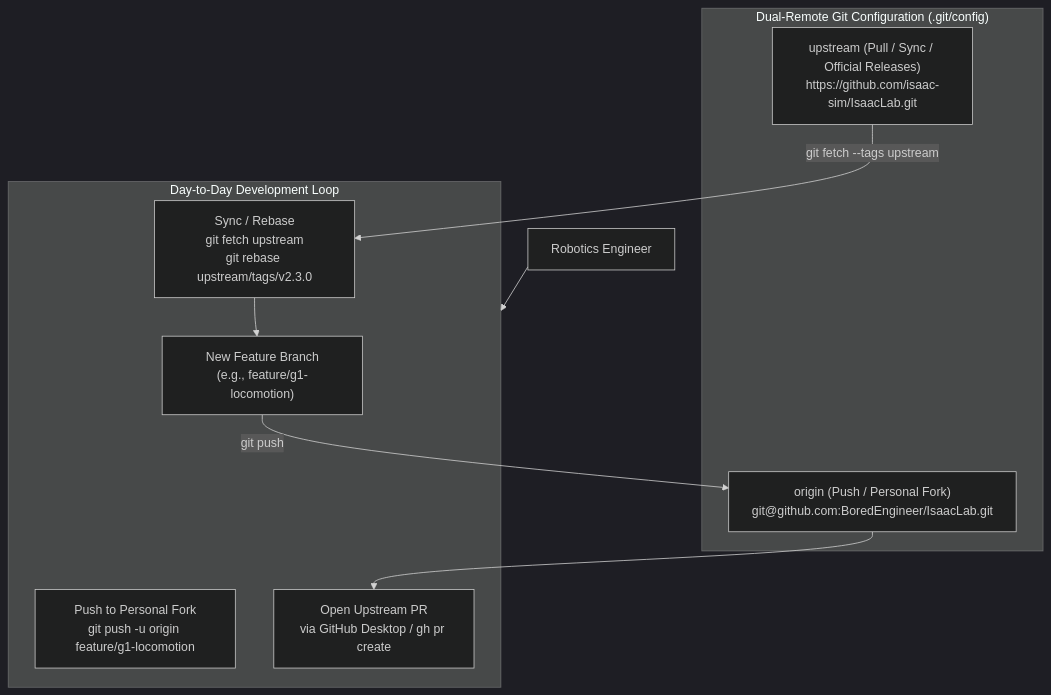
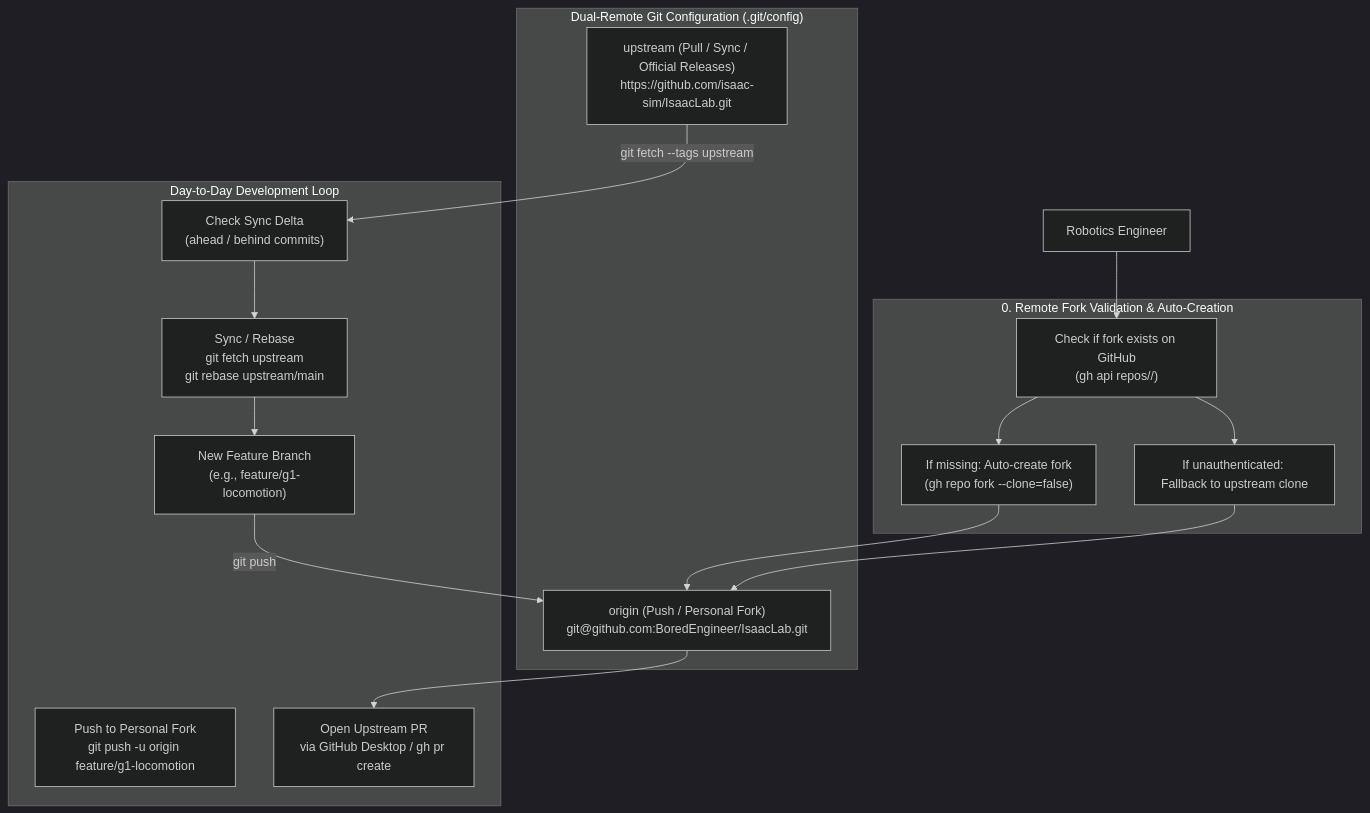
One commit to boredengineering/IsaacAutomator changed the sixth of 9 diagrams in .agents/references/docs/isaac-install-plan.md. Above: the diagram before and after it, drawn with Mermaid (dark theme). The commit also changed other lines of this file and 8 other files, not shown here.

````diff
--- a/.agents/references/docs/isaac-install-plan.md
+++ b/.agents/references/docs/isaac-install-plan.md
@@ -270,22 +284,30 @@
 ```mermaid
 flowchart TD
     DEV["Robotics Engineer"]
+
+    subgraph PROBE ["0. Remote Fork Validation & Auto-Creation"]
+        CHECK["Check if fork exists on GitHub\n(gh api repos/<owner>/<repo>)"]
+        CREATE["If missing: Auto-create fork\n(gh repo fork <upstream> --clone=false)"]
+        FALLBACK["If unauthenticated: Fallback to upstream clone"]
+    end
 
     subgraph REMOTES ["Dual-Remote Git Configuration (.git/config)"]
         ORIGIN["origin (Push / Personal Fork)\ngit@github.com:BoredEngineer/IsaacLab.git"]
         UPSTREAM["upstream (Pull / Sync / Official Releases)\nhttps://github.com/isaac-sim/IsaacLab.git"]
     end
 
     subgraph WORKFLOW ["Day-to-Day Development Loop"]
+        SYNC_CHECK["Check Sync Delta\n(ahead / behind commits)"]
+        SYNC["Sync / Rebase\ngit fetch upstream\ngit rebase upstream/main"]
         BRANCH["New Feature Branch\n(e.g., feature/g1-locomotion)"]
-        SYNC["Sync / Rebase\ngit fetch upstream\ngit rebase upstream/tags/v2.3.0"]
         PUSH["Push to Personal Fork\ngit push -u origin feature/g1-locomotion"]
         PR["Open Upstream PR\nvia GitHub Desktop / gh pr create"]
     end
 
-    UPSTREAM -- "git fetch --tags upstream" --> SYNC
+    DEV --> CHECK --> CREATE --> ORIGIN
+    CHECK --> FALLBACK --> ORIGIN
+    UPSTREAM -- "git fetch --tags upstream" --> SYNC_CHECK --> SYNC
     SYNC --> BRANCH
     BRANCH -- "git push" --> ORIGIN
     ORIGIN --> PR
-    DEV --> WORKFLOW
 ```
````
